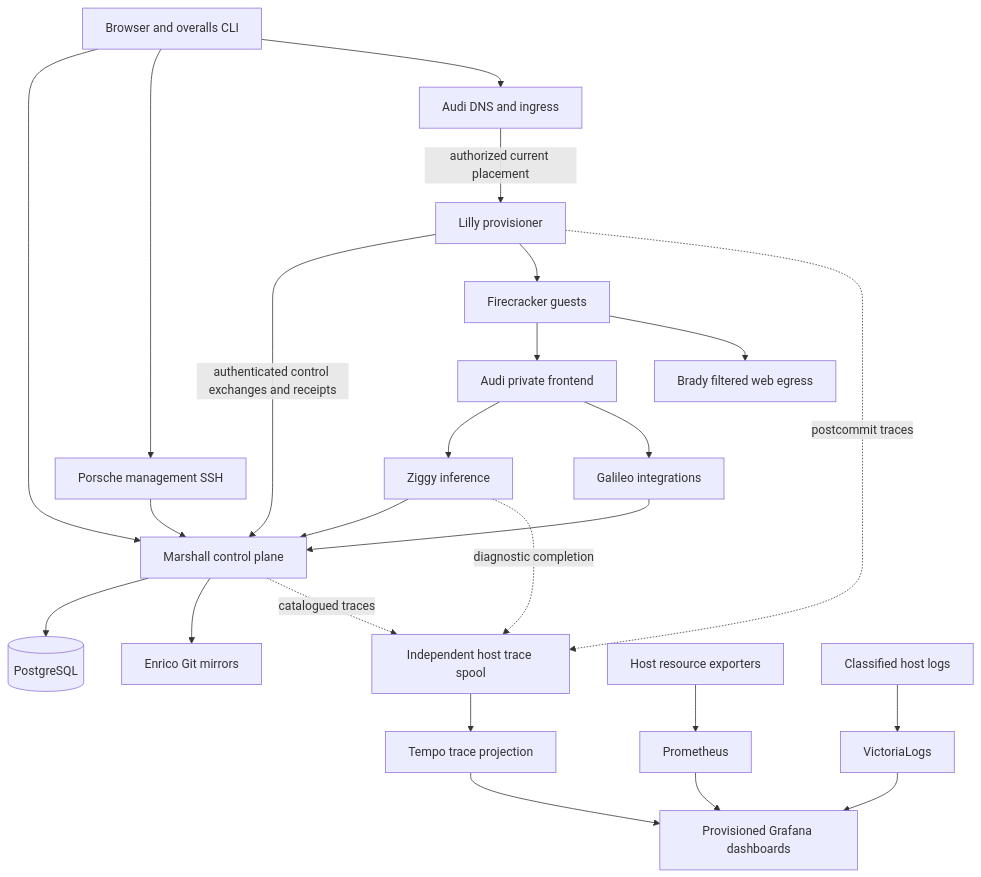
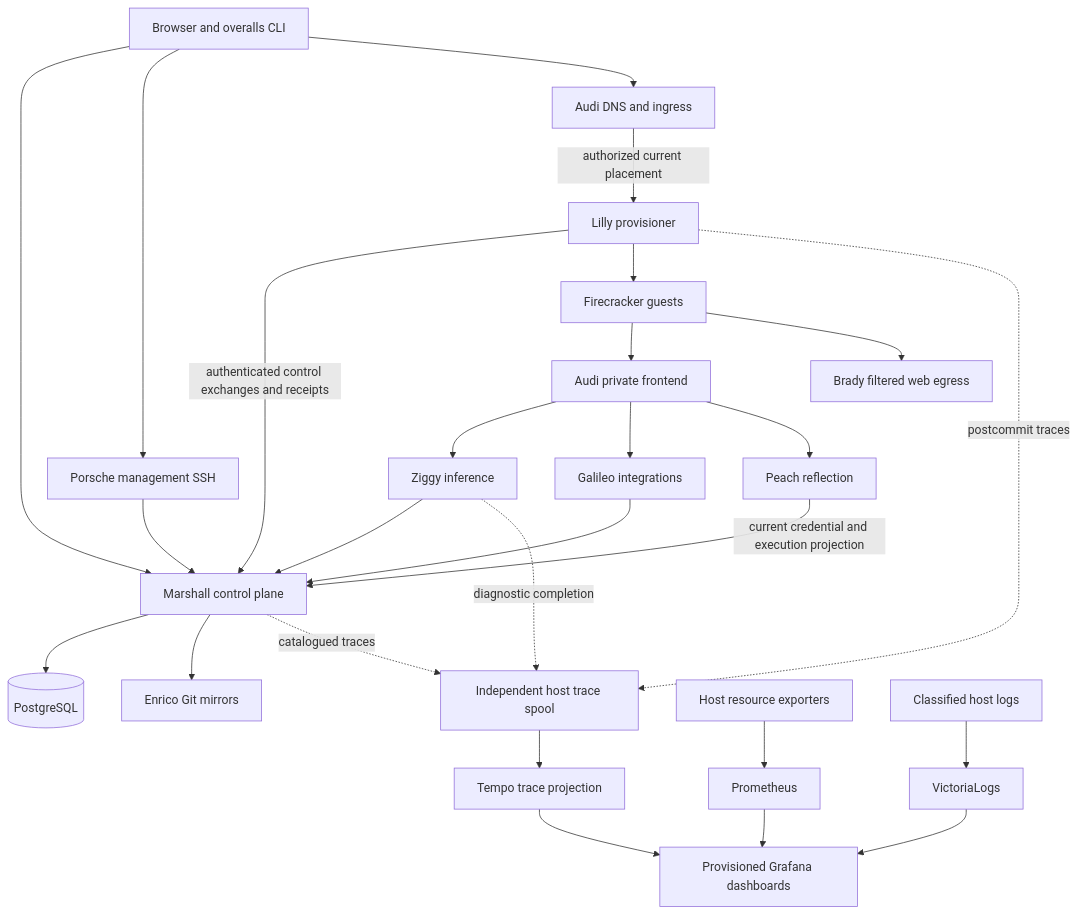
The diagram in marshall/priv/hldd/01-system.md (dlkeith-p-forks/overalls), drawn with Mermaid before and after one commit. The commit also changed other lines of this file and 43 other files, not shown here.

````diff
--- a/marshall/priv/hldd/01-system.md
+++ b/marshall/priv/hldd/01-system.md
@@ -18,27 +18,29 @@
 ```mermaid
 flowchart TB
   User[Browser and overalls CLI] --> Marshall[Marshall control plane]
   User --> Porsche[Porsche management SSH]
   User --> Audi[Audi DNS and ingress]
   Porsche --> Marshall
   Marshall --> DB[(PostgreSQL)]
   Lilly[Lilly provisioner] -->|authenticated control exchanges and receipts| Marshall
   Lilly --> VM[Firecracker guests]
   Audi -->|authorized current placement| Lilly
   VM --> Private[Audi private frontend]
   Private --> Ziggy[Ziggy inference]
   Private --> Galileo[Galileo integrations]
+  Private --> Peach[Peach reflection]
+  Peach -->|current credential and execution projection| Marshall
   VM --> Brady[Brady filtered web egress]
   Ziggy --> Marshall
   Galileo --> Marshall
   Marshall --> Enrico[Enrico Git mirrors]
   Lilly -.->|postcommit traces| Spool[Independent host trace spool]
   Marshall -.->|catalogued traces| Spool
   Ziggy -.->|diagnostic completion| Spool
   Spool --> Tempo[Tempo trace projection]
   Infra[Host resource exporters] --> Prometheus[Prometheus]
   Logs[Classified host logs] --> VictoriaLogs[VictoriaLogs]
   Tempo --> Grafana[Provisioned Grafana dashboards]
   Prometheus --> Grafana
   VictoriaLogs --> Grafana
 ```
````
